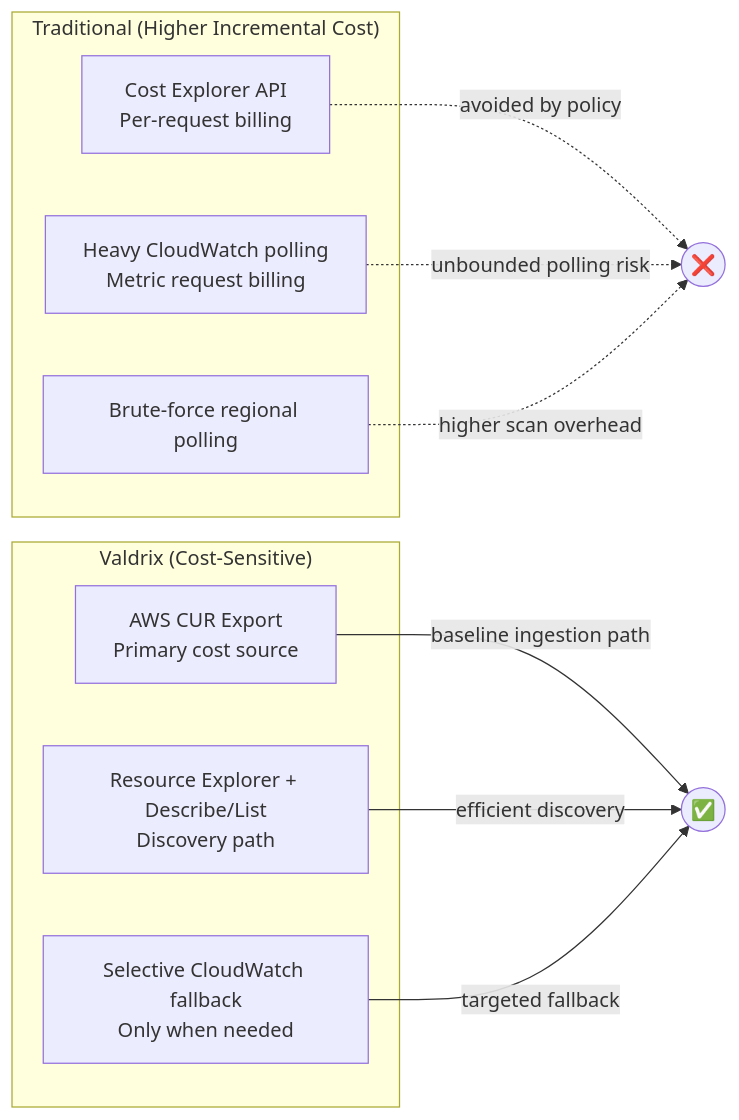
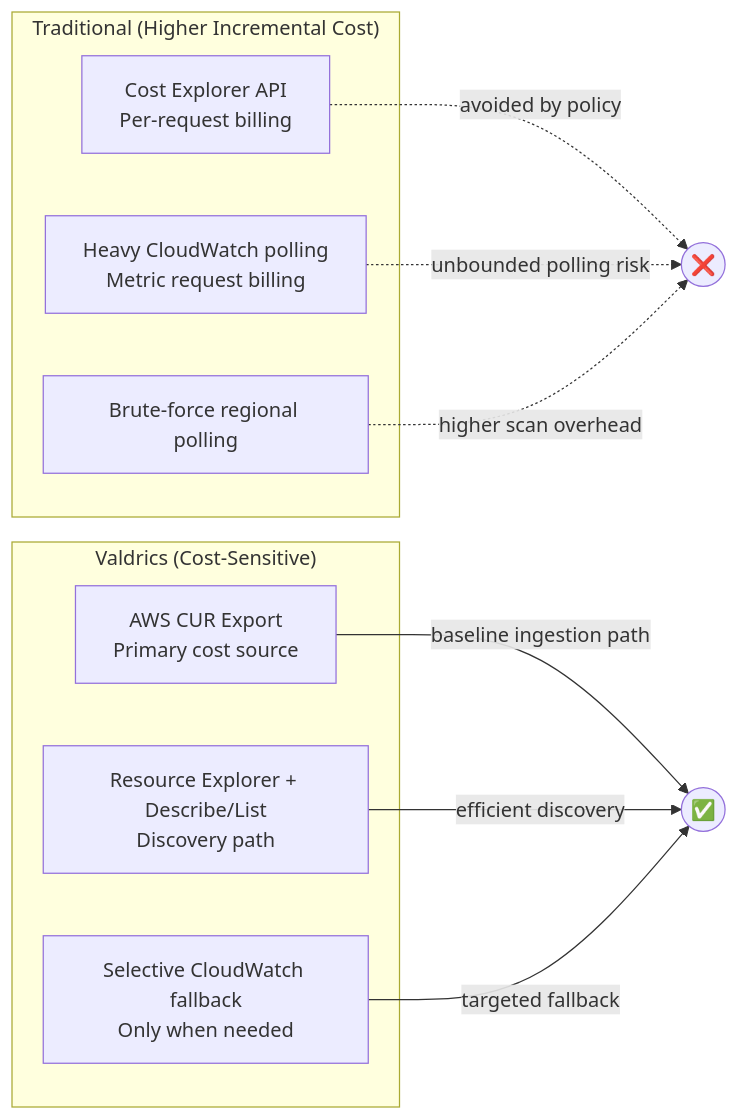
The fourth of 6 diagrams in docs/architecture/overview.md (Valdrix-AI/valdrix), drawn with Mermaid before and after one commit. The commit also changed other lines of this file and 39 other files, not shown here.

````diff
--- a/docs/architecture/overview.md
+++ b/docs/architecture/overview.md
@@ -307,22 +307,22 @@
 ```mermaid
 flowchart LR
     subgraph "Traditional (Higher Incremental Cost)"
         CE[Cost Explorer API<br/>Per-request billing]
         CW[Heavy CloudWatch polling<br/>Metric request billing]
         BRUTE[Brute-force regional polling]
     end
 
-    subgraph "Valdrix (Cost-Sensitive)"
+    subgraph "Valdrics (Cost-Sensitive)"
         CUR[AWS CUR Export<br/>Primary cost source]
         RE[Resource Explorer + Describe/List<br/>Discovery path]
         CWF[Selective CloudWatch fallback<br/>Only when needed]
     end
 
     CE -.->|"avoided by policy"| X((❌))
     CW -.->|"unbounded polling risk"| X
     BRUTE -.->|"higher scan overhead"| X
 
     CUR -->|"baseline ingestion path"| Y((✅))
     RE -->|"efficient discovery"| Y
     CWF -->|"targeted fallback"| Y
 ```
````
